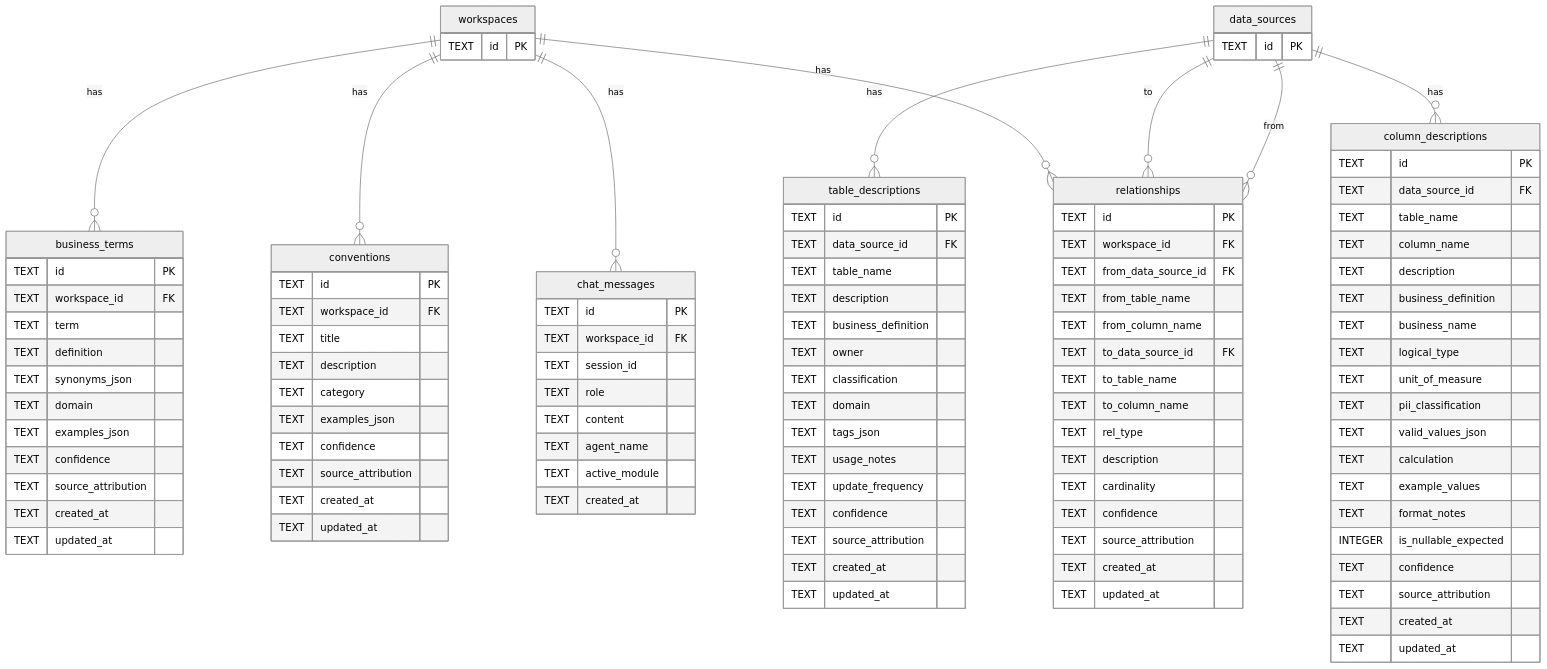
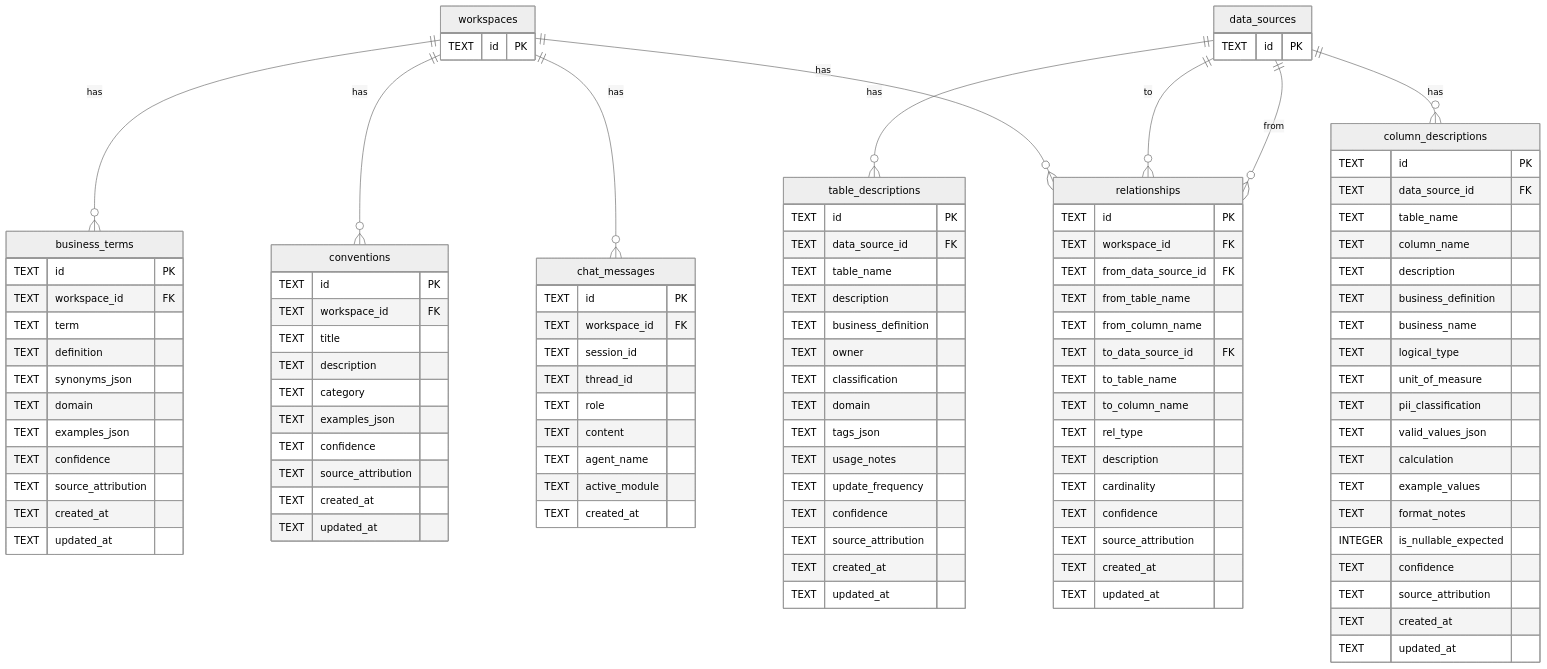
Before and after one commit to cichobuc/AIBIo: the eighth of 9 diagrams in docs/DATABASE_SCHEMA.md, drawn with Mermaid (neutral theme). The commit also changed other lines of this file and 16 other files, not shown here.

```diff
--- a/docs/DATABASE_SCHEMA.md
+++ b/docs/DATABASE_SCHEMA.md
@@ -841,6 +841,7 @@
         TEXT id PK
         TEXT workspace_id FK
         TEXT session_id
+        TEXT thread_id
         TEXT role
         TEXT content
         TEXT agent_name
```
